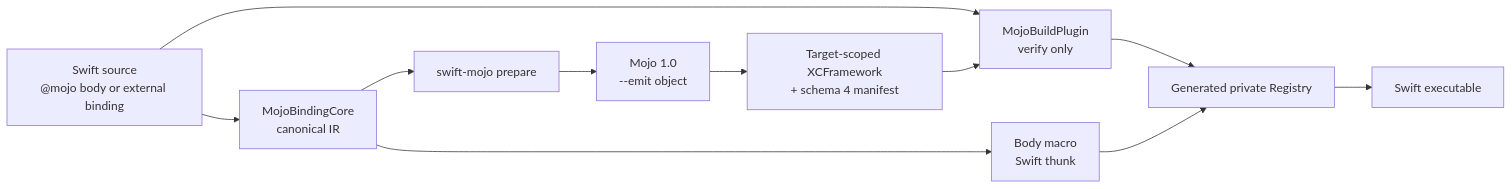
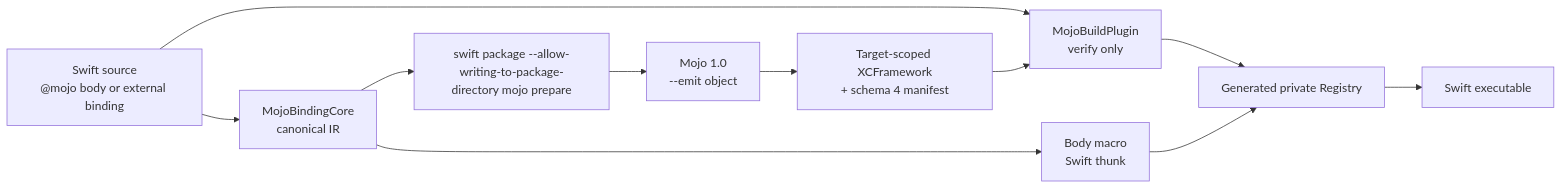
Before and after one commit to 1amageek/swift-mojo: the second of 4 diagrams in README.md, drawn with Mermaid. The commit also changed other lines of this file and 39 other files, not shown here.

````diff
--- a/README.md
+++ b/README.md
@@ -190,13 +219,13 @@
 ```mermaid
 flowchart LR
     S["Swift source<br/>@mojo body or external binding"] --> IR["MojoBindingCore<br/>canonical IR"]
     IR --> M["Body macro<br/>Swift thunk"]
-    IR --> P["swift-mojo prepare"]
+    IR --> P["swift package --allow-writing-to-package-directory mojo prepare"]
     P --> C["Mojo 1.0<br/>--emit object"]
     C --> X["Target-scoped XCFramework<br/>+ schema 4 manifest"]
     S --> V["MojoBuildPlugin<br/>verify only"]
     X --> V
     V --> R["Generated private Registry"]
     M --> R
     R --> E["Swift executable"]
 ```
````
